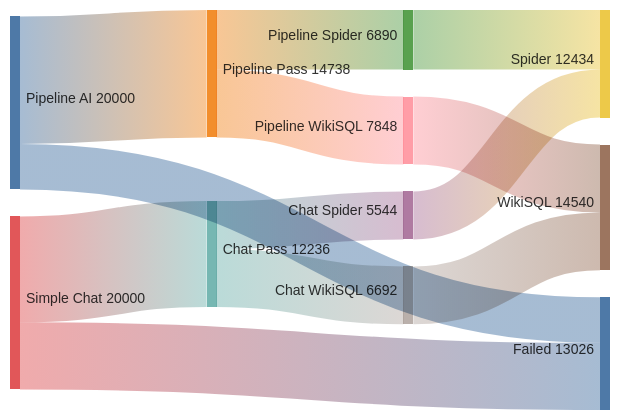
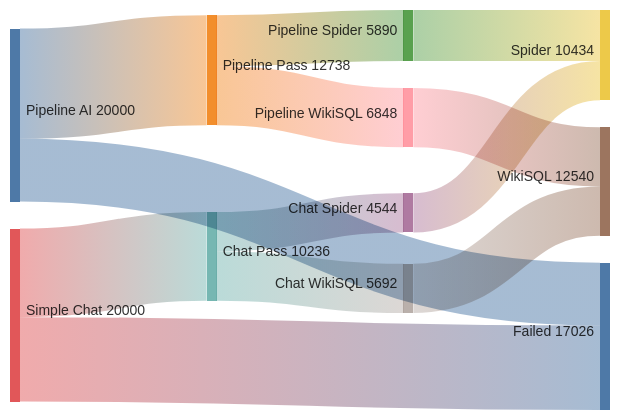
The second of 7 diagrams in paper/paper.md (shynur/sqlbot), drawn with Mermaid before and after one commit. The commit also changed other lines of this file, not shown here.

````diff
--- a/paper/paper.md
+++ b/paper/paper.md
@@ -722,19 +722,19 @@
 ```mermaid
 sankey-beta
 
-Pipeline AI, Pipeline Pass, 14738
-Simple Chat, Chat Pass, 12236
+Pipeline AI, Pipeline Pass, 12738
+Simple Chat, Chat Pass, 10236
 
-Pipeline Pass, Pipeline Spider, 6890
-Pipeline Spider, Spider, 6890
-Chat Pass, Chat Spider, 5544
-Chat Spider, Spider, 5544
+Pipeline Pass, Pipeline Spider, 5890
+Pipeline Spider, Spider, 5890
+Chat Pass, Chat Spider, 4544
+Chat Spider, Spider, 4544
 
-Pipeline Pass, Pipeline WikiSQL, 7848
-Pipeline WikiSQL, WikiSQL, 7848
-Chat Pass, Chat WikiSQL, 6692
-Chat WikiSQL, WikiSQL, 6692
+Pipeline Pass, Pipeline WikiSQL, 6848
+Pipeline WikiSQL, WikiSQL, 6848
+Chat Pass, Chat WikiSQL, 5692
+Chat WikiSQL, WikiSQL, 5692
 
-Pipeline AI,  Failed, 5262
-Simple Chat,  Failed, 7764
+Pipeline AI,  Failed, 7262
+Simple Chat,  Failed, 9764
 ```
````
